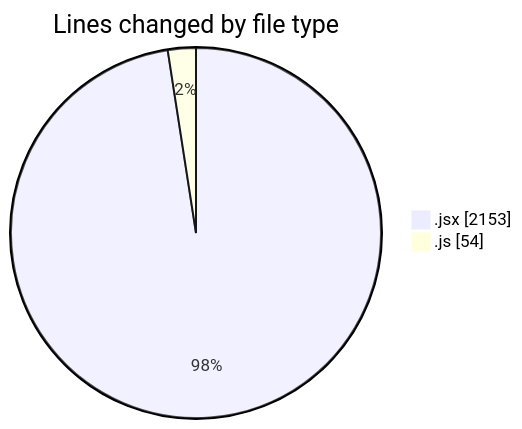
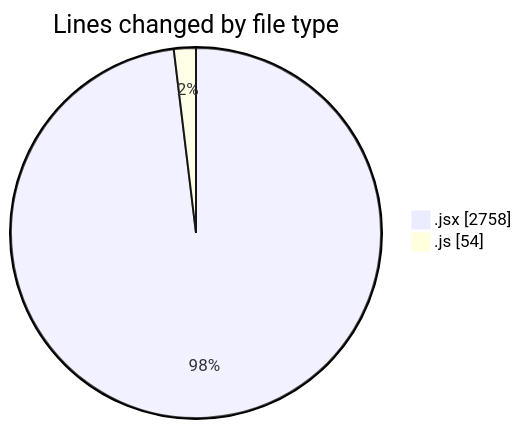
The first of 2 diagrams in 2025-06-25/nxtqube_webapp/README.md (nxtqubesakshisongat/code-tracking), drawn with Mermaid before and after one commit. The commit also changed other lines of this file and 1 other file, not shown here.

````diff
--- a/2025-06-25/nxtqube_webapp/README.md
+++ b/2025-06-25/nxtqube_webapp/README.md
@@ -22,6 +23,6 @@
 ```mermaid
 pie showData
 title Lines changed by file type
-".jsx" : 2153
+".jsx" : 2758
 ".js" : 54
 ```
````
